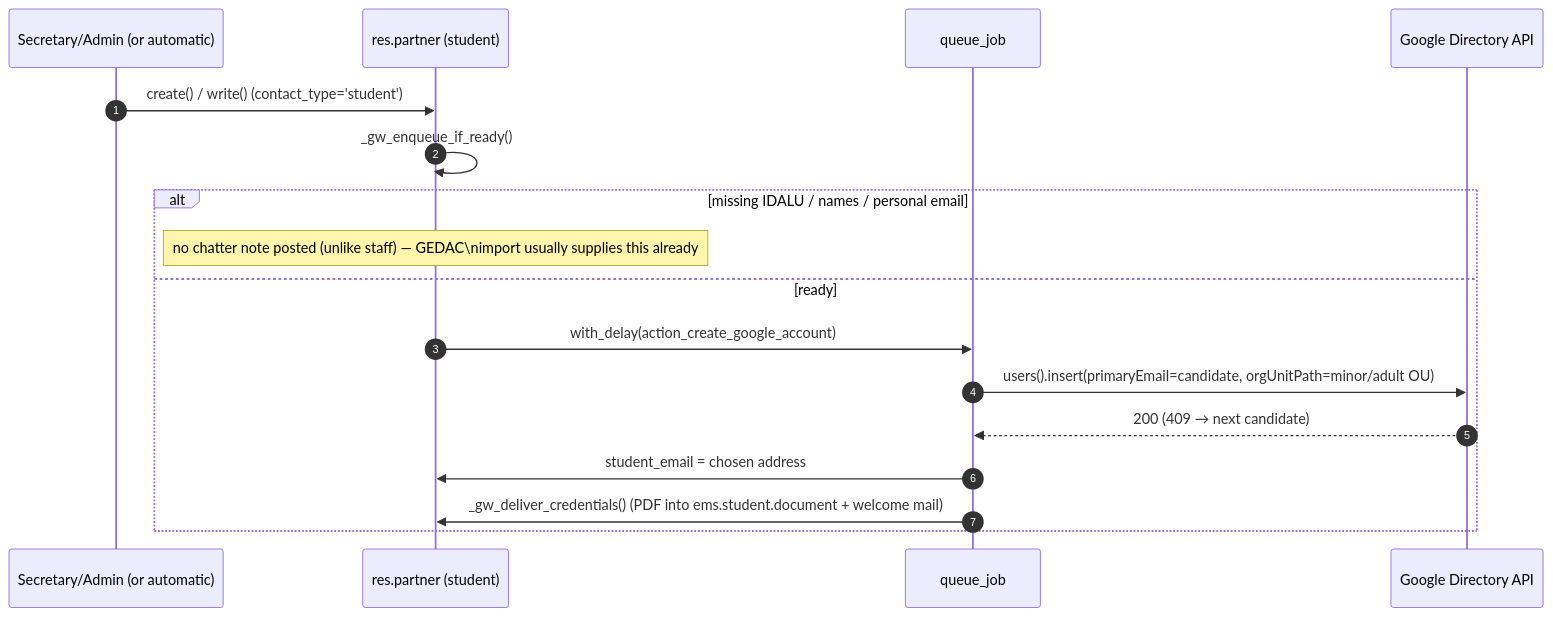
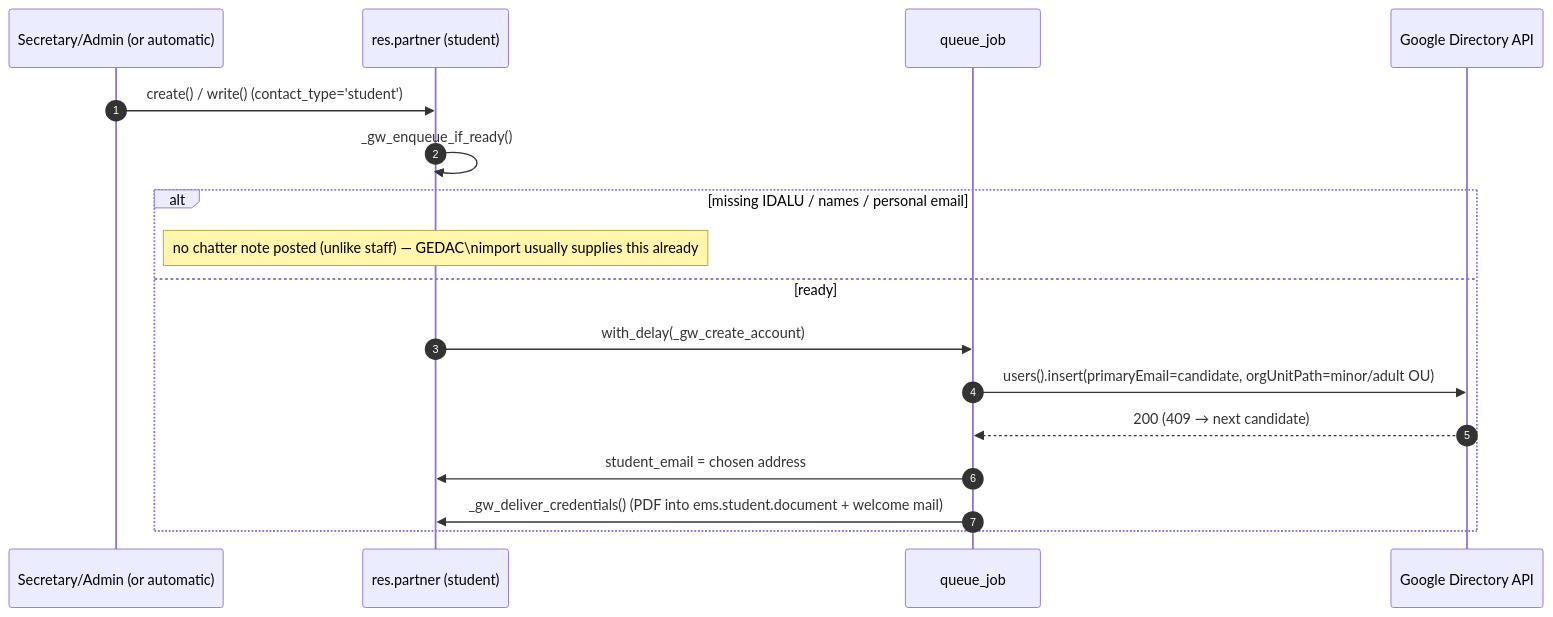
Before and after one commit to ElPuig/EMS: the first of 6 diagrams in docs/en/developers/contacts/google_workspace_student.md, drawn with Mermaid. The commit also changed other lines of this file and 125 other files, not shown here.

````diff
--- a/docs/en/developers/contacts/google_workspace_student.md
+++ b/docs/en/developers/contacts/google_workspace_student.md
@@ -17,20 +20,20 @@
 ```mermaid
 sequenceDiagram
     autonumber
     participant U as Secretary/Admin (or automatic)
     participant P as res.partner (student)
     participant Q as queue_job
     participant G as Google Directory API
 
     U->>P: create() / write() (contact_type='student')
     P->>P: _gw_enqueue_if_ready()
     alt missing IDALU / names / personal email
         Note over P: no chatter note posted (unlike staff) — GEDAC\nimport usually supplies this already
     else ready
-        P->>Q: with_delay(action_create_google_account)
+        P->>Q: with_delay(_gw_create_account)
         Q->>G: users().insert(primaryEmail=candidate, orgUnitPath=minor/adult OU)
         G-->>Q: 200 (409 → next candidate)
         Q->>P: student_email = chosen address
         Q->>P: _gw_deliver_credentials() (PDF into ems.student.document + welcome mail)
     end
 ```
````
